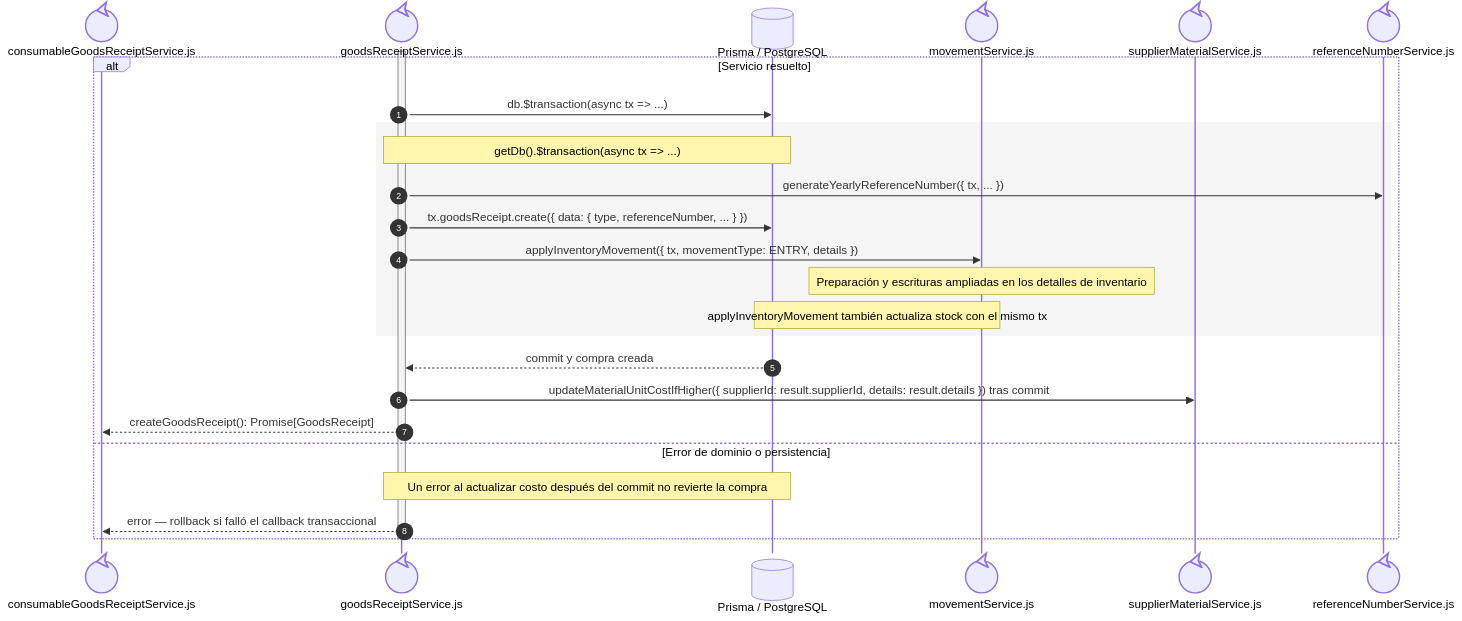
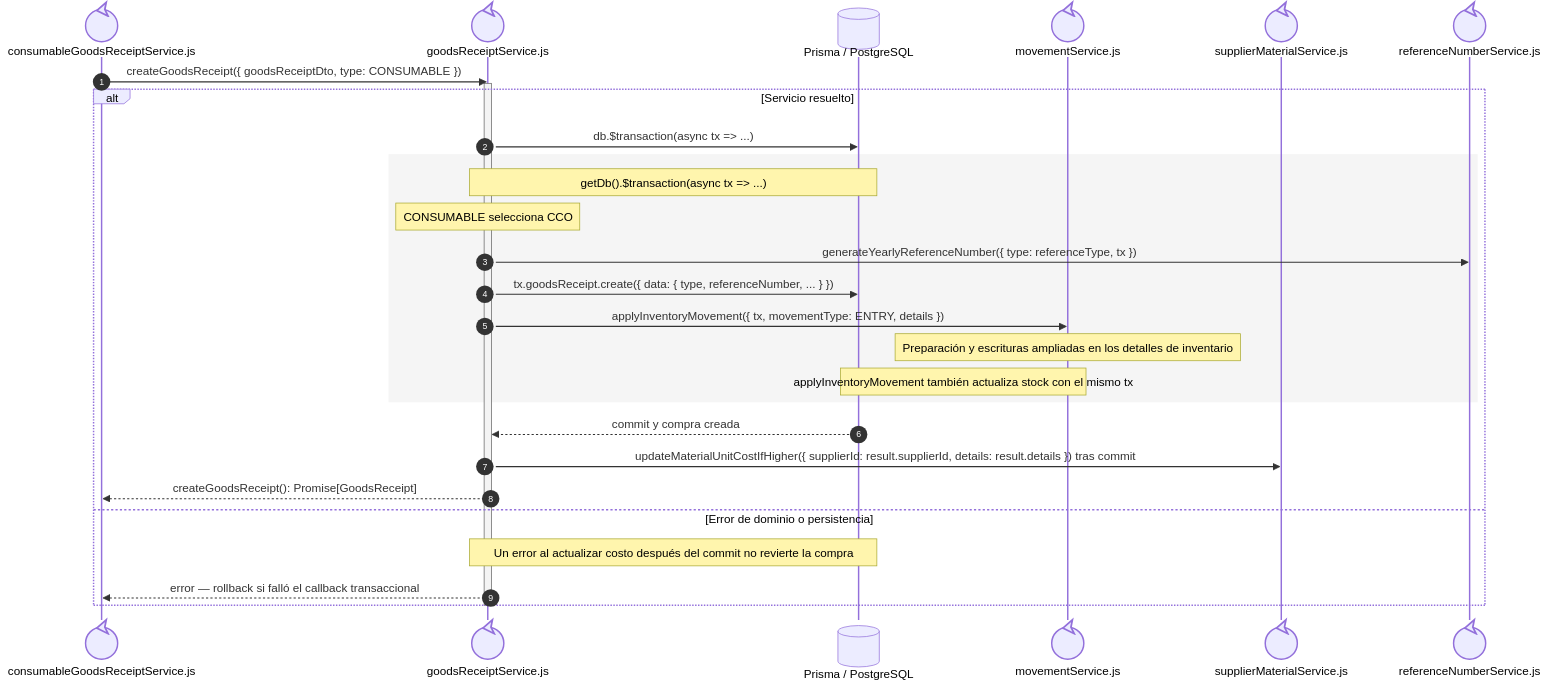
The fifth of 8 diagrams in docs/architecture/views/processes/backend-code-sequences/purchases/cu-ent-08.md (gpgsistemas01/nexus), drawn with Mermaid before and after one commit. The commit also changed 25 other files, not shown here.

````diff
--- a/docs/architecture/views/processes/backend-code-sequences/purchases/cu-ent-08.md
+++ b/docs/architecture/views/processes/backend-code-sequences/purchases/cu-ent-08.md
@@ -204,31 +204,33 @@
 ```mermaid
 sequenceDiagram
     autonumber
     participant Facade@{ "type": "control" } as consumableGoodsReceiptService.js
     participant Core@{ "type": "control" } as goodsReceiptService.js
     participant Prisma@{ "type": "database" } as Prisma / PostgreSQL
     participant Inventory@{ "type": "control" } as movementService.js
     participant Costs@{ "type": "control" } as supplierMaterialService.js
     participant Reference@{ "type": "control" } as referenceNumberService.js
 
+    Facade->>Core: createGoodsReceipt({ goodsReceiptDto, type: CONSUMABLE })
     activate Core
     alt Servicio resuelto
 
         Core->>Prisma: db.$transaction(async tx => ...)
         rect rgb(245, 245, 245)
             Note over Core,Prisma: getDb().$transaction(async tx => ...)
-            Core->>Reference: generateYearlyReferenceNumber({ tx, ... })
+            Note over Core: CONSUMABLE selecciona CCO
+            Core->>Reference: generateYearlyReferenceNumber({ type: referenceType, tx })
             Core->>Prisma: tx.goodsReceipt.create({ data: { type, referenceNumber, ... } })
             Core->>Inventory: applyInventoryMovement({ tx, movementType: ENTRY, details })
     Note over Inventory: Preparación y escrituras ampliadas en los detalles de inventario
             Note over Inventory,Prisma: applyInventoryMovement también actualiza stock con el mismo tx
     end
         Prisma-->>Core: commit y compra creada
         Core->>Costs: updateMaterialUnitCostIfHigher({ supplierId: result.supplierId, details: result.details }) tras commit
         Core-->>Facade: createGoodsReceipt(): Promise[GoodsReceipt]
     else Error de dominio o persistencia
         Note over Core,Prisma: Un error al actualizar costo después del commit no revierte la compra
         Core-->>Facade: error — rollback si falló el callback transaccional
     end
     deactivate Core
 ```
````
